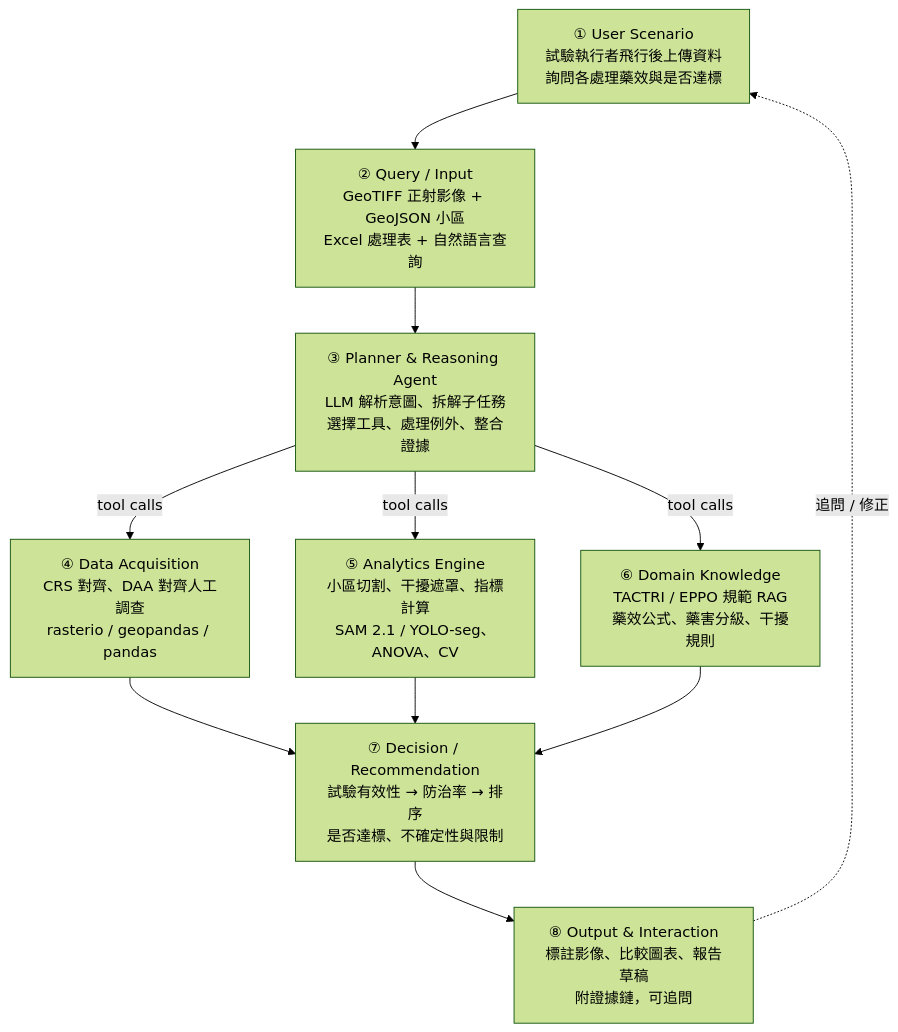
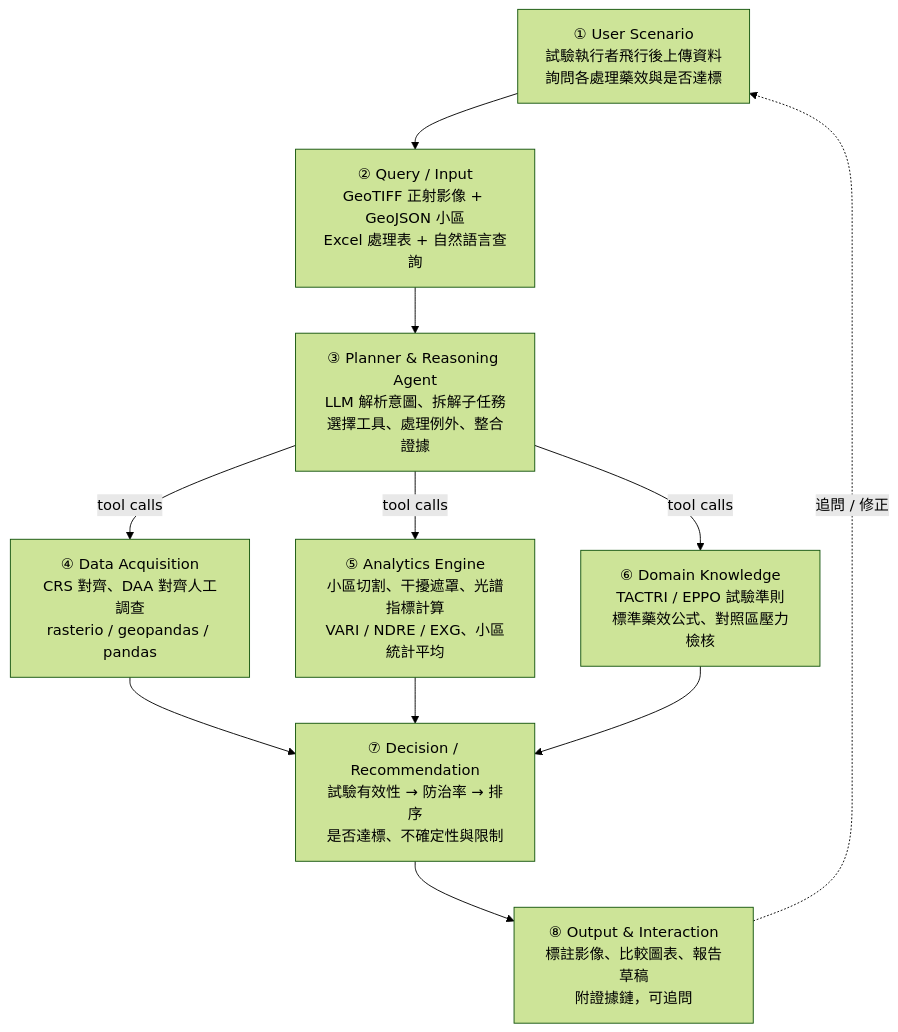
Before and after one commit to ChengLiangHsu/AI-InfoSec-Fianl-Project: the second of 3 diagrams in docs/05_proposed_scheme.md, drawn with Mermaid (forest theme). The commit also changed other lines of this file and 11 other files, not shown here.

````diff
--- a/docs/05_proposed_scheme.md
+++ b/docs/05_proposed_scheme.md
@@ -36,16 +36,16 @@
 ```mermaid
 graph TD
     U["① User Scenario<br>試驗執行者飛行後上傳資料<br>詢問各處理藥效與是否達標"] --> Q["② Query / Input<br>GeoTIFF 正射影像 + GeoJSON 小區<br>Excel 處理表 + 自然語言查詢"]
     Q --> P["③ Planner & Reasoning Agent<br>LLM 解析意圖、拆解子任務<br>選擇工具、處理例外、整合證據"]
     
     P -- tool calls --> D["④ Data Acquisition<br>CRS 對齊、DAA 對齊人工調查<br>rasterio / geopandas / pandas"]
-    P -- tool calls --> A["⑤ Analytics Engine<br>小區切割、干擾遮罩、指標計算<br>SAM 2.1 / YOLO-seg、ANOVA、CV"]
-    P -- tool calls --> K["⑥ Domain Knowledge<br>TACTRI / EPPO 規範 RAG<br>藥效公式、藥害分級、干擾規則"]
+    P -- tool calls --> A["⑤ Analytics Engine<br>小區切割、干擾遮罩、光譜指標計算<br>VARI / NDRE / EXG、小區統計平均"]
+    P -- tool calls --> K["⑥ Domain Knowledge<br>TACTRI / EPPO 試驗準則<br>標準藥效公式、對照區壓力檢核"]
     
     D --> DEC["⑦ Decision / Recommendation<br>試驗有效性 → 防治率 → 排序<br>是否達標、不確定性與限制"]
     A --> DEC
     K --> DEC
     
     DEC --> O["⑧ Output & Interaction<br>標註影像、比較圖表、報告草稿<br>附證據鏈，可追問"]
     O -.->|追問 / 修正| U
 ```
````
